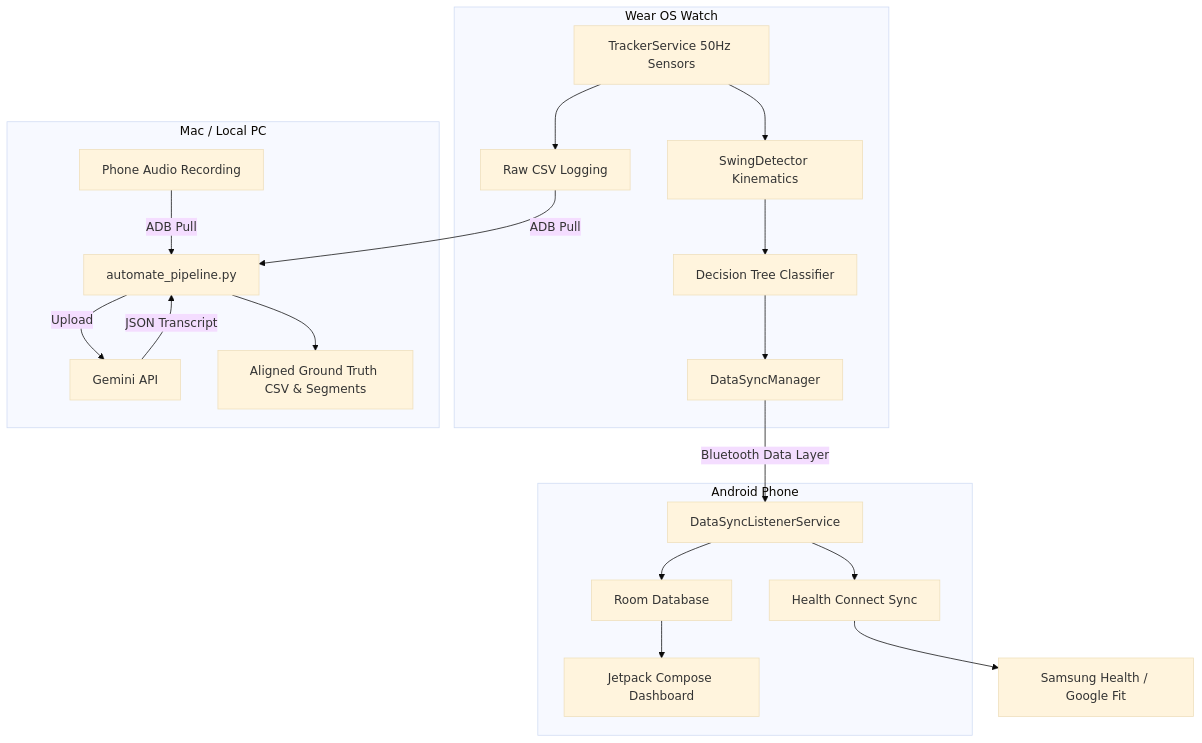
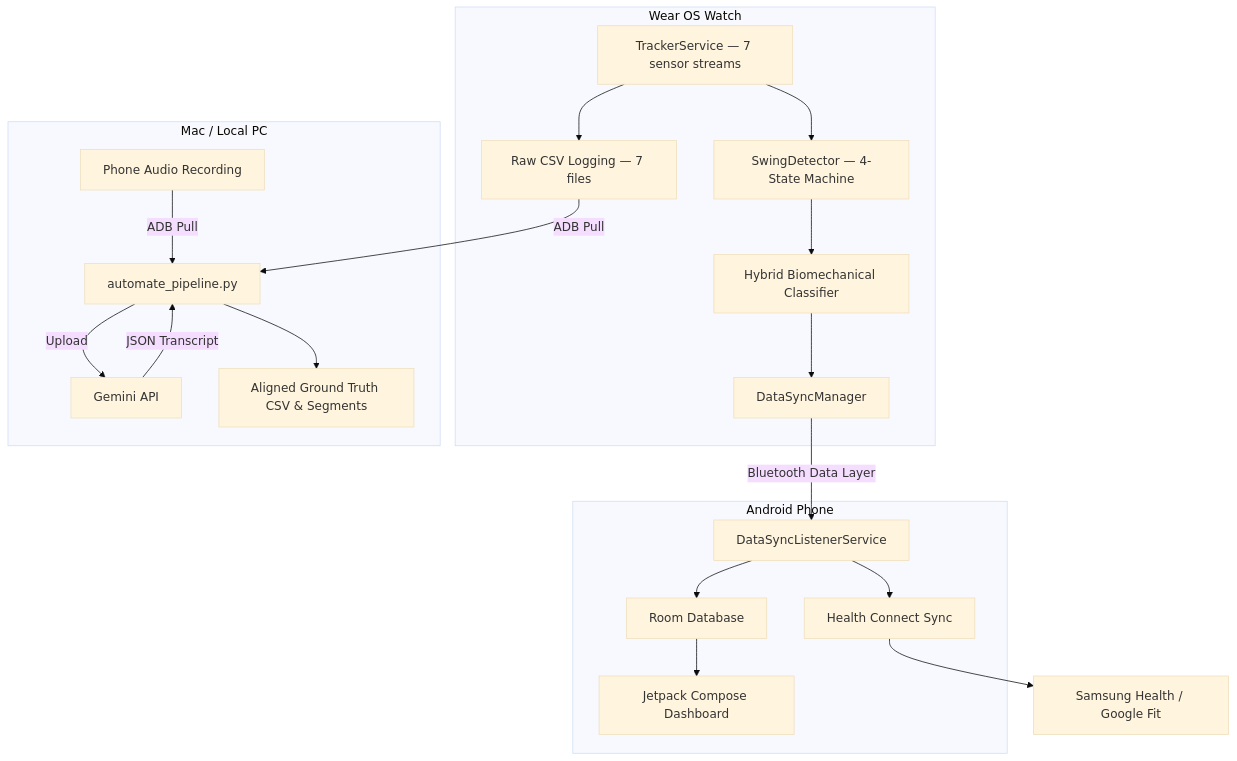
One commit to mrpeel/CricketBattingTracker changed the first of 2 diagrams in .agents/ARCHITECTURE.md. Above: the diagram before and after it, drawn with Mermaid (base theme). The commit also changed other lines of this file and 9 other files, not shown here.

````diff
--- a/.agents/ARCHITECTURE.md
+++ b/.agents/ARCHITECTURE.md
@@ -9,23 +9,23 @@
 ```mermaid
 graph TD
     subgraph Wear OS Watch
-        A[TrackerService 50Hz Sensors] --> B[SwingDetector Kinematics]
-        B --> C[Decision Tree Classifier]
-        A --> D[Raw CSV Logging]
+        A[TrackerService — 7 sensor streams] --> B[SwingDetector — 4-State Machine]
+        B --> C[Hybrid Biomechanical Classifier]
+        A --> D[Raw CSV Logging — 7 files]
         C --> E[DataSyncManager]
     end
     subgraph Android Phone
         E -->|Bluetooth Data Layer| F[DataSyncListenerService]
         F --> G[Room Database]
         F --> H[Health Connect Sync]
         G --> I[Jetpack Compose Dashboard]
     end
     subgraph Mac / Local PC
         D -->|ADB Pull| J[automate_pipeline.py]
         K[Phone Audio Recording] -->|ADB Pull| J
         J -->|Upload| L[Gemini API]
         L -->|JSON Transcript| J
         J --> M[Aligned Ground Truth CSV & Segments]
     end
     H --> N[Samsung Health / Google Fit]
 ```
````
